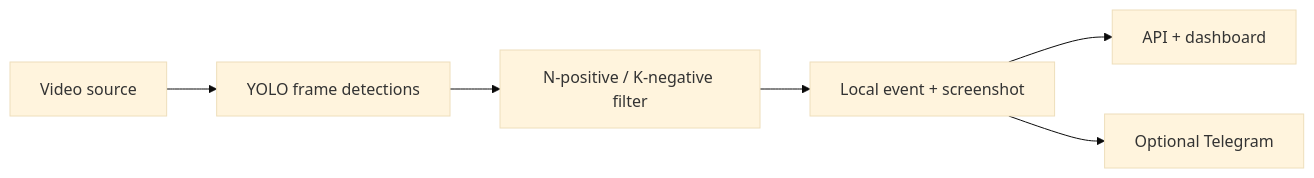
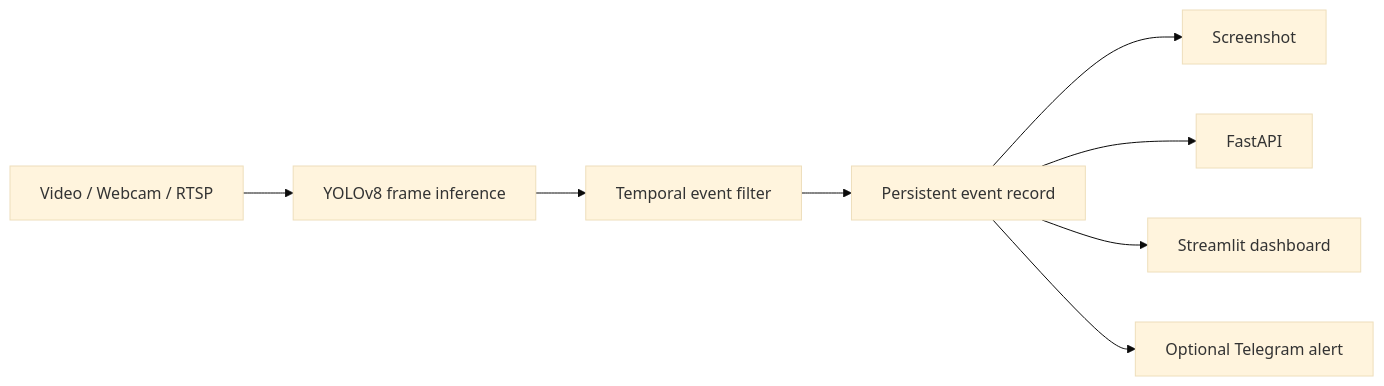
Before and after one commit to SahilBh01r1769/violence_detection: the diagram in README.md, drawn with Mermaid (base theme). The commit also changed other lines of this file, not shown here.

````diff
--- a/README.md
+++ b/README.md
@@ -28,8 +28,10 @@
 ```mermaid
 flowchart LR
-    A["Video source"] --> B["YOLO frame detections"]
-    B --> C["N-positive / K-negative filter"]
-    C --> D["Local event + screenshot"]
-    D --> E["API + dashboard"]
-    D --> F["Optional Telegram"]
+    A["Video / Webcam / RTSP"] --> B["YOLOv8 frame inference"]
+    B --> C["Temporal event filter"]
+    C --> D["Persistent event record"]
+    D --> E["Screenshot"]
+    D --> F["FastAPI"]
+    D --> G["Streamlit dashboard"]
+    D --> H["Optional Telegram alert"]
 ```
````
